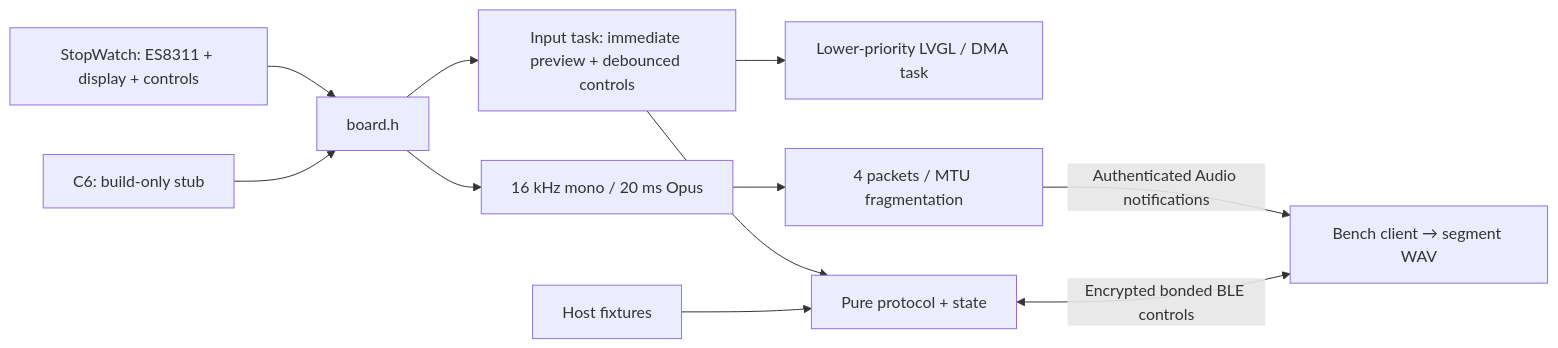
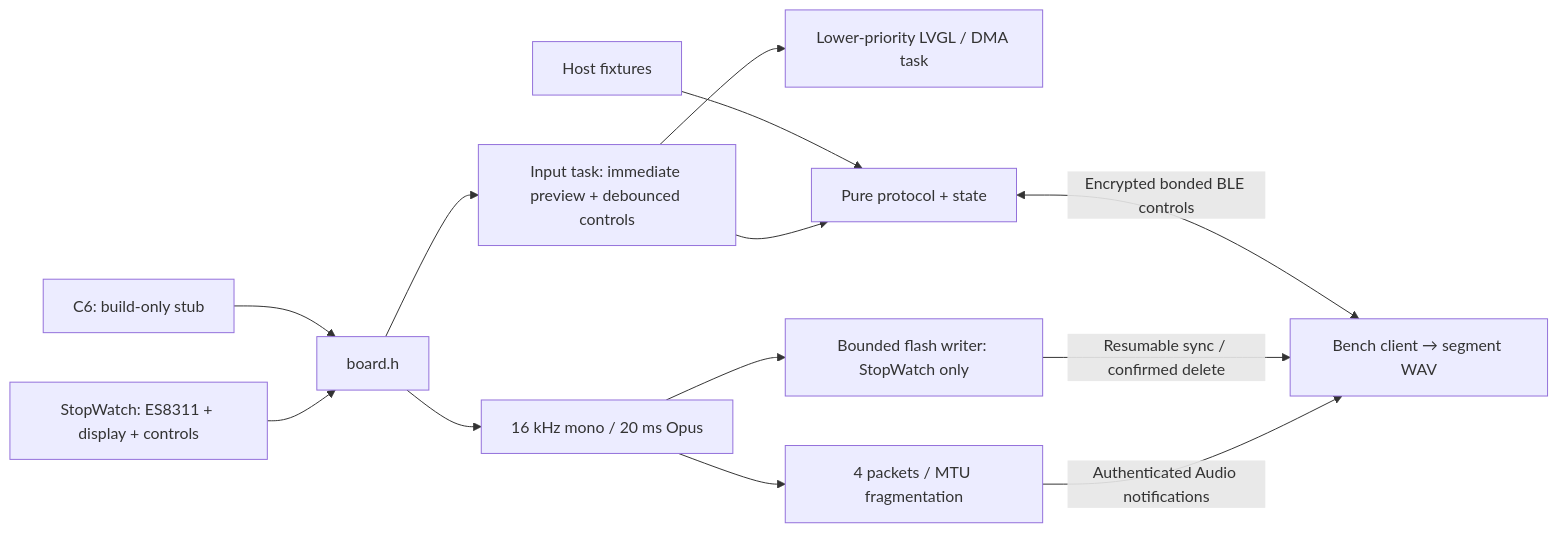
One commit to Harwasch/voiceremote changed the diagram in FW/README.md. Above: the diagram before and after it, drawn with Mermaid. The commit also changed other lines of this file and 58 other files, not shown here.

````diff
--- a/FW/README.md
+++ b/FW/README.md
@@ -3,13 +3,15 @@
 ```mermaid
 flowchart LR
     M5[StopWatch: ES8311 + display + controls] --> Board[board.h]
     C6[C6: build-only stub] --> Board
     Board --> UI[Input task: immediate preview + debounced controls]
     UI --> Render[Lower-priority LVGL / DMA task]
     UI --> State[Pure protocol + state]
     Board --> Encoder[16 kHz mono / 20 ms Opus]
     Encoder --> Queue[4 packets / MTU fragmentation]
     Queue -->|Authenticated Audio notifications| Phone[Bench client → segment WAV]
+    Encoder --> Local[Bounded flash writer: StopWatch only]
+    Local -->|Resumable sync / confirmed delete| Phone
     State <-->|Encrypted bonded BLE controls| Phone
     Tests[Host fixtures] --> State
 ```
````
